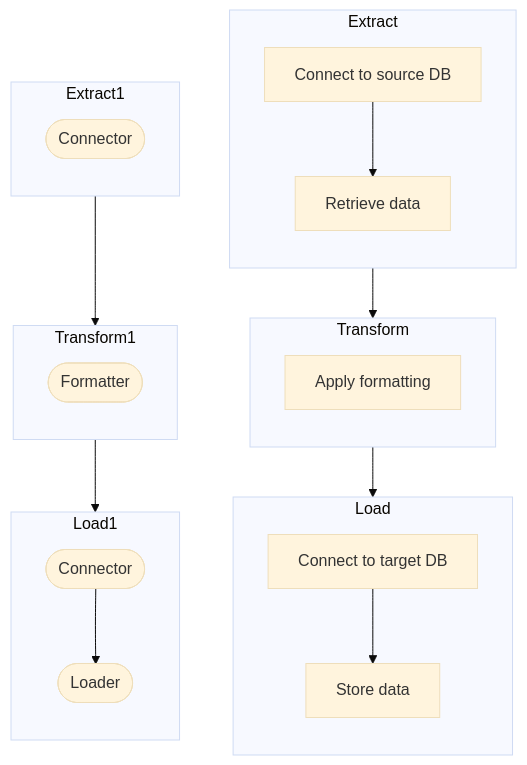
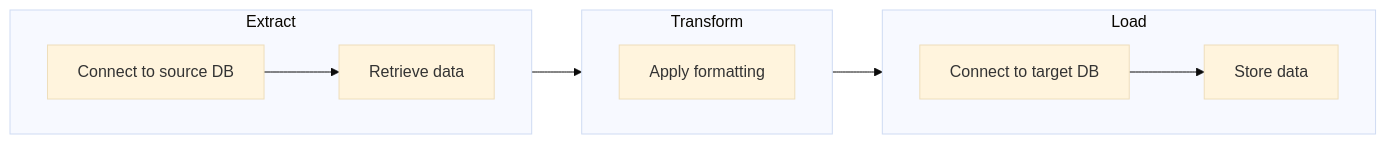
Before and after one commit to sximenez/2023-11-nov-c--fundamentals: the eighth of 12 diagrams in README.md, drawn with Mermaid (base theme). The commit also changed other lines of this file, not shown here.

````diff
--- a/README.md
+++ b/README.md
@@ -1079,37 +1236,20 @@
 ```mermaid
-graph TB
+graph LR
 subgraph Extract
-direction TB
+direction LR
 0[Connect to source DB] --> 1[Retrieve data]
 end
 
 subgraph Transform
-direction TB
+direction LR
 2[Apply formatting]
 end
 
 subgraph Load
-direction TB
+direction LR
 3[Connect to target DB] --> 4[Store data]
 4[Store data]
 end
 
 Extract --> Transform --> Load
-
-subgraph Extract1
-direction TB
-5([Connector])
-end
-
-subgraph Transform1
-direction TB
-6([Formatter])
-end
-
-subgraph Load1
-direction TB
-7([Connector]) --> 8([Loader])
-end
-
-Extract1 --> Transform1 --> Load1
 ```
````
